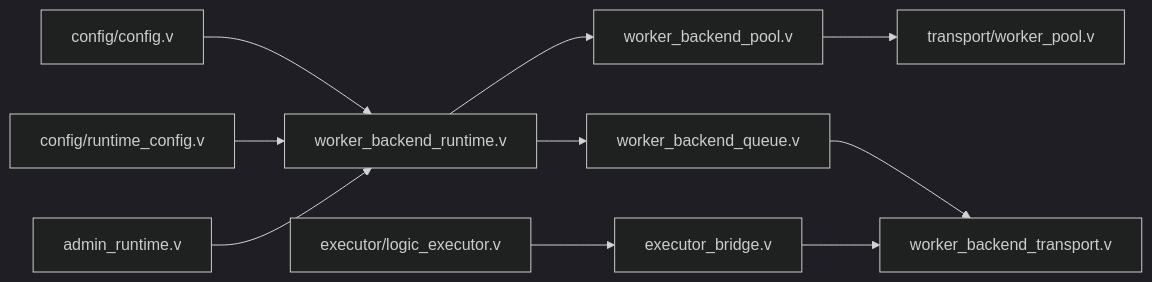
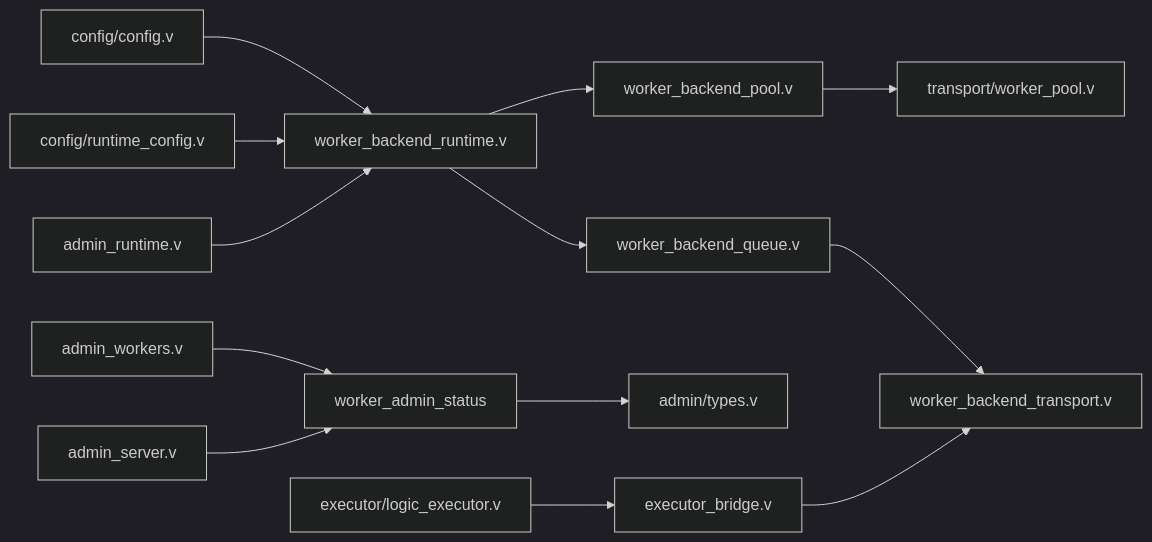
One commit to guweigang/vhttpd changed the seventh of 7 diagrams in .qoder/repowiki/zh/content/传输层处理/工作进程池管理.md. Above: the diagram before and after it, drawn with Mermaid (dark theme). The commit also changed other lines of this file and 54 other files, not shown here.

````diff
--- a/.qoder/repowiki/zh/content/传输层处理/工作进程池管理.md
+++ b/.qoder/repowiki/zh/content/传输层处理/工作进程池管理.md
@@ -309,12 +377,15 @@
 ```mermaid
 graph LR
 CFG["config/config.v"] --> WBR["worker_backend_runtime.v"]
 RTCFG["config/runtime_config.v"] --> WBR
 WBR --> WBP["worker_backend_pool.v"]
 WBR --> WBQ["worker_backend_queue.v"]
 WBP --> WP["transport/worker_pool.v"]
 WBQ --> WBT["worker_backend_transport.v"]
+WS["worker_admin_status"] --> ADMT["admin/types.v"]
+ADMW["admin_workers.v"] --> WS
+ADMS["admin_server.v"] --> WS
 LEX["executor/logic_executor.v"] --> BRG["executor_bridge.v"]
 BRG --> WBT
 ADM["admin_runtime.v"] --> WBR
 ```
````
